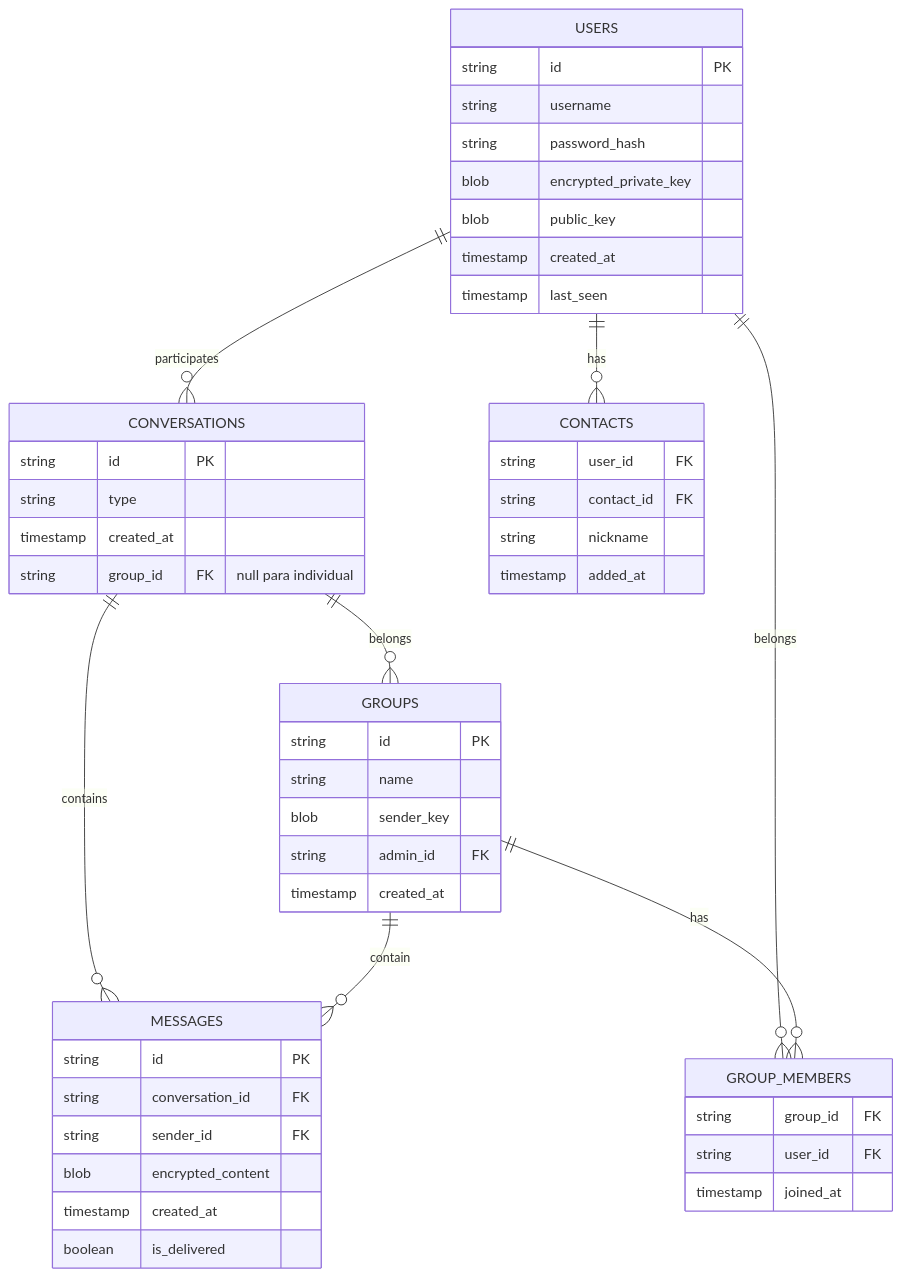
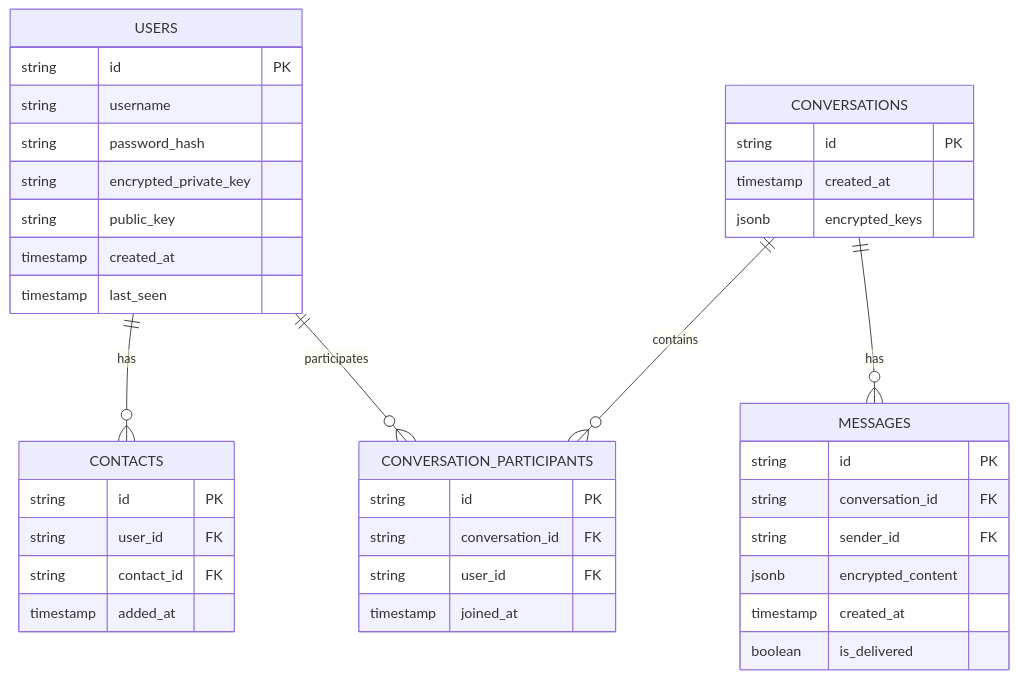
The first of 2 diagrams in README.md (Gugarauj07/ChatE2EE-ElgamalCrypto), drawn with Mermaid before and after one commit.

````diff
--- a/README.md
+++ b/README.md
@@ -10,51 +10,41 @@
 ```mermaid
 erDiagram
-    USERS ||--o{ CONVERSATIONS : participates
-    USERS ||--o{ GROUP_MEMBERS : belongs
     USERS ||--o{ CONTACTS : has
-    CONVERSATIONS ||--o{ MESSAGES : contains
-    CONVERSATIONS ||--o{ GROUPS : belongs
-    GROUPS ||--o{ GROUP_MEMBERS : has
-    GROUPS ||--o{ MESSAGES : contain
+    USERS ||--o{ CONVERSATION_PARTICIPANTS : participates
+    CONVERSATIONS ||--o{ CONVERSATION_PARTICIPANTS : contains
+    CONVERSATIONS ||--o{ MESSAGES : has
     USERS {
         string id PK
         string username
         string password_hash
-        blob encrypted_private_key
-        blob public_key
+        string encrypted_private_key
+        string public_key
         timestamp created_at
         timestamp last_seen
     }
     CONTACTS {
+        string id PK
         string user_id FK
         string contact_id FK
-        string nickname
         timestamp added_at
     }
     CONVERSATIONS {
         string id PK
-        string type
         timestamp created_at
-        string group_id FK "null para individual"
+        jsonb encrypted_keys
+    }
+    CONVERSATION_PARTICIPANTS {
+        string id PK
+        string conversation_id FK
+        string user_id FK
+        timestamp joined_at
     }
     MESSAGES {
         string id PK
         string conversation_id FK
         string sender_id FK
-        blob encrypted_content
+        jsonb encrypted_content
         timestamp created_at
         boolean is_delivered
     }
-    GROUPS {
-        string id PK
-        string name
-        blob sender_key
-        string admin_id FK
-        timestamp created_at
-    }
-    GROUP_MEMBERS {
-        string group_id FK
-        string user_id FK
-        timestamp joined_at
-    }
 ```
````
